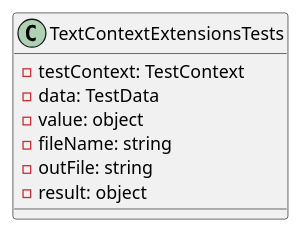
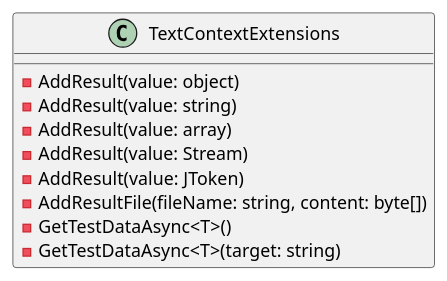
One commit to mwwhited-forks/dotnet-libs changed the first of 2 diagrams in docs/generated/Framework/Eliassen.TestUtilities.Tests/Documentation.md. Above: the diagram before and after it, drawn with PlantUML. The commit also changed other lines of this file and 444 other files, not shown here.

````diff
--- a/docs/generated/Framework/Eliassen.TestUtilities.Tests/Documentation.md
+++ b/docs/generated/Framework/Eliassen.TestUtilities.Tests/Documentation.md
@@ -13,13 +8,15 @@
 ```plantuml
 @startuml
-class TextContextExtensionsTests {
-  -testContext: TestContext
-  -data: TestData
-  -value: object
-  -fileName: string
-  -outFile: string
-  -result: object
+class TextContextExtensions {
+  - AddResult(value: object)
+  - AddResult(value: string)
+  - AddResult(value: array)
+  - AddResult(value: Stream)
+  - AddResult(value: JToken)
+  - AddResultFile(fileName: string, content: byte[])
+  - GetTestDataAsync<T>()
+  - GetTestDataAsync<T>(target: string)
 }
 
 @enduml
 ```
````
